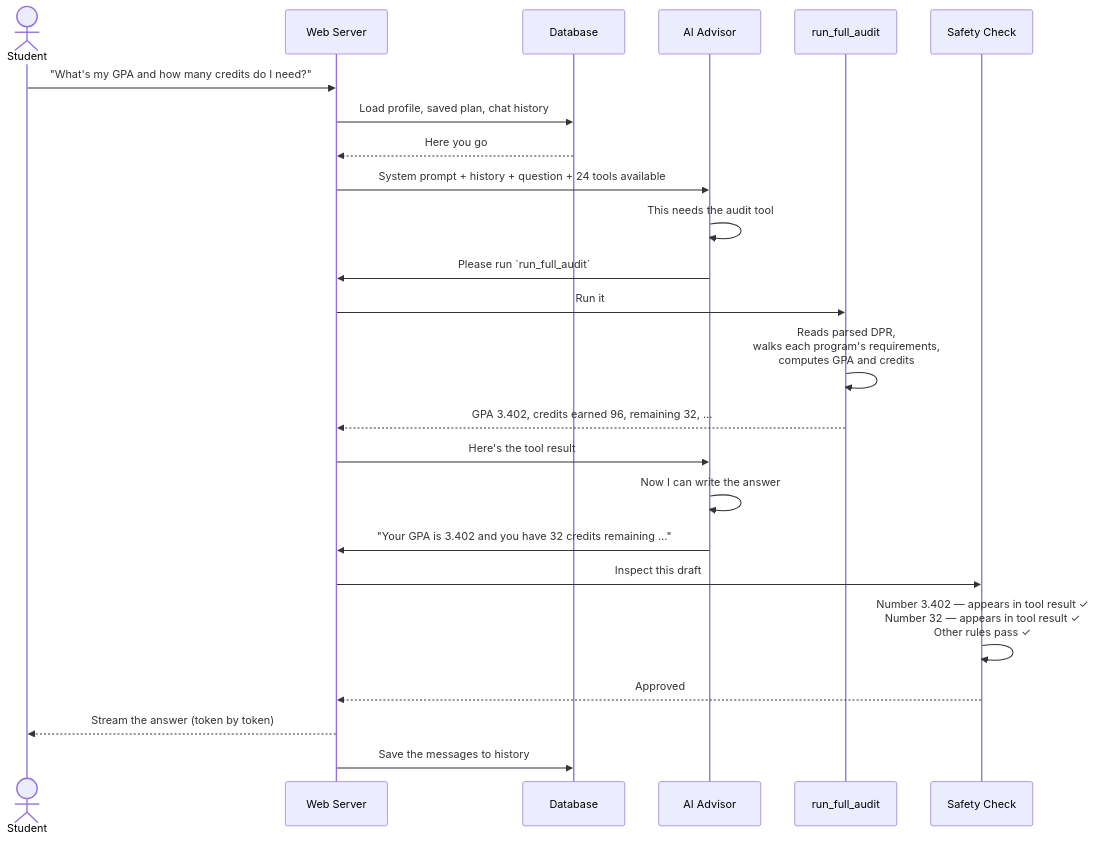
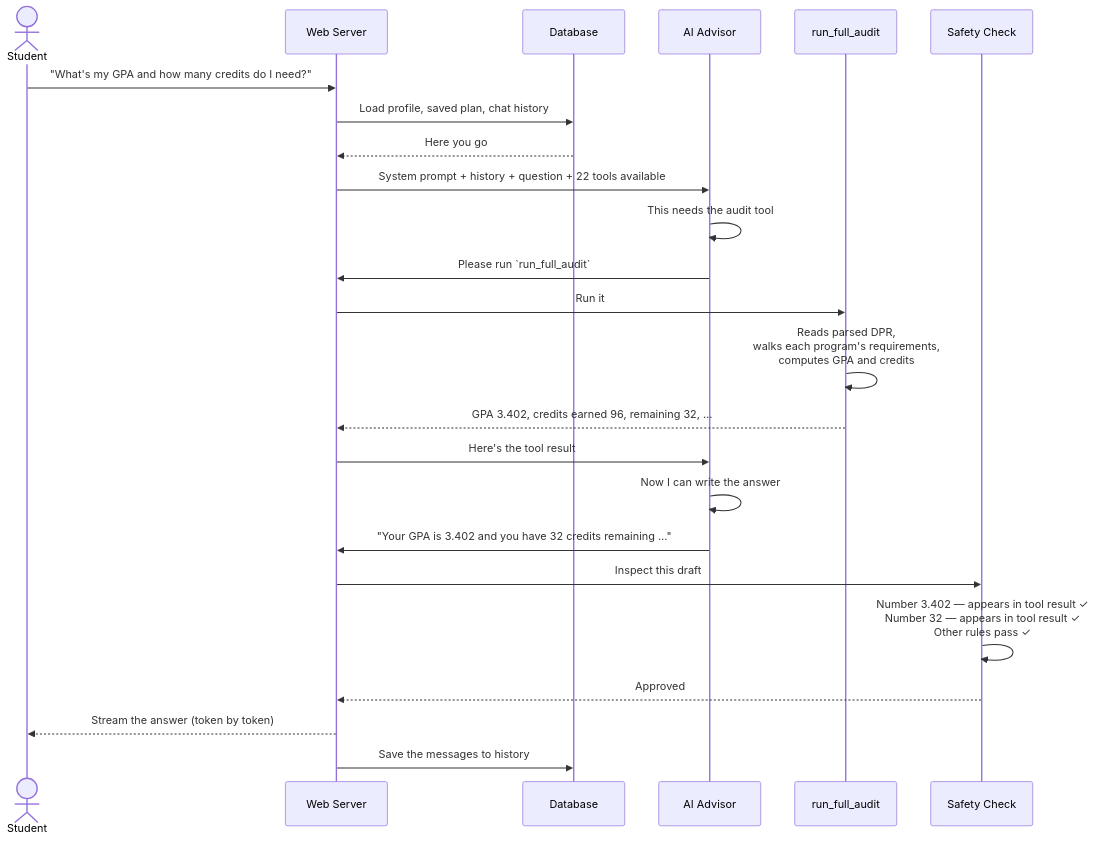
Before and after one commit to EdoardoMongardi/NYU_Path: the fifth of 5 diagrams in Docs/current-system/00-overview.md, drawn with Mermaid. The commit also changed other lines of this file and 15 other files, not shown here.

````diff
--- a/Docs/current-system/00-overview.md
+++ b/Docs/current-system/00-overview.md
@@ -263,27 +263,27 @@
 ```mermaid
 sequenceDiagram
     actor Student
     participant Web as Web Server
     participant DB as Database
     participant Brain as AI Advisor
     participant Tool as run_full_audit
     participant Check as Safety Check
 
     Student->>Web: "What's my GPA and how many credits do I need?"
     Web->>DB: Load profile, saved plan, chat history
     DB-->>Web: Here you go
-    Web->>Brain: System prompt + history + question + 24 tools available
+    Web->>Brain: System prompt + history + question + 22 tools available
     Brain->>Brain: This needs the audit tool
     Brain->>Web: Please run `run_full_audit`
     Web->>Tool: Run it
     Tool->>Tool: Reads parsed DPR,<br/>walks each program's requirements,<br/>computes GPA and credits
     Tool-->>Web: GPA 3.402, credits earned 96, remaining 32, …
     Web->>Brain: Here's the tool result
     Brain->>Brain: Now I can write the answer
     Brain->>Web: "Your GPA is 3.402 and you have 32 credits remaining …"
     Web->>Check: Inspect this draft
     Check->>Check: Number 3.402 — appears in tool result ✓<br/>Number 32 — appears in tool result ✓<br/>Other rules pass ✓
     Check-->>Web: Approved
     Web-->>Student: Stream the answer (token by token)
     Web->>DB: Save the messages to history
 ```
````
